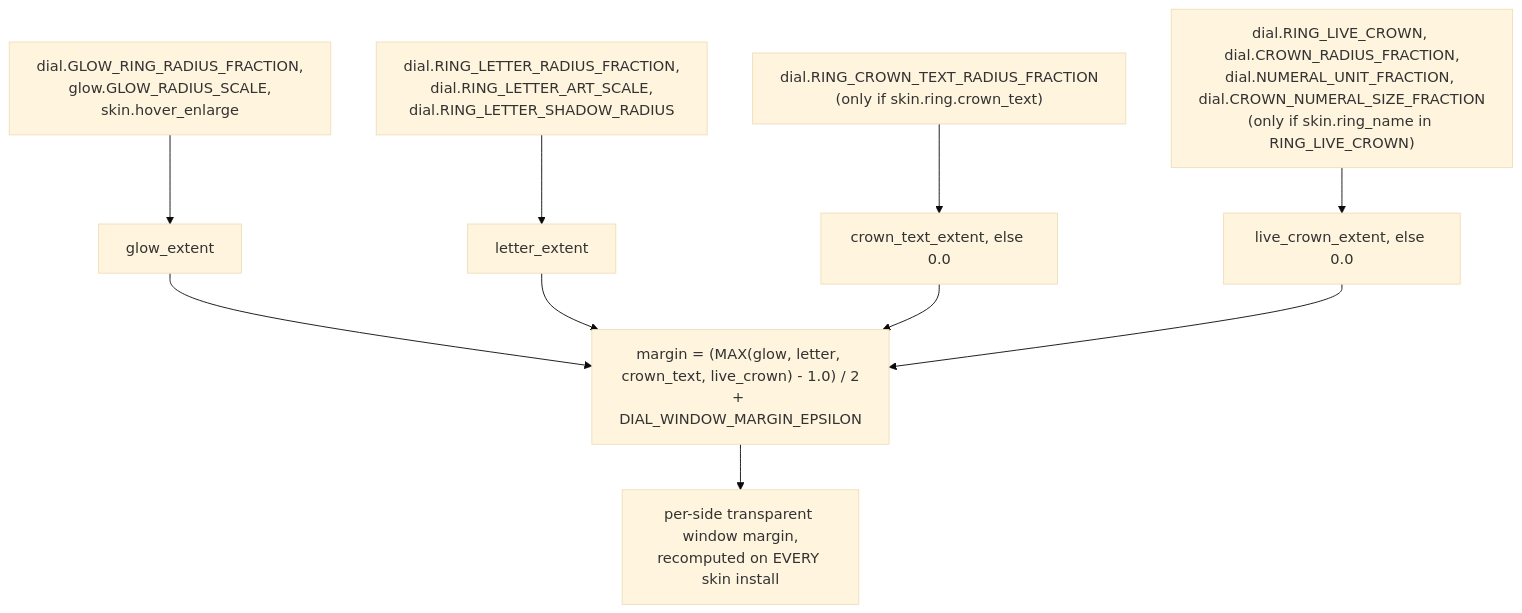
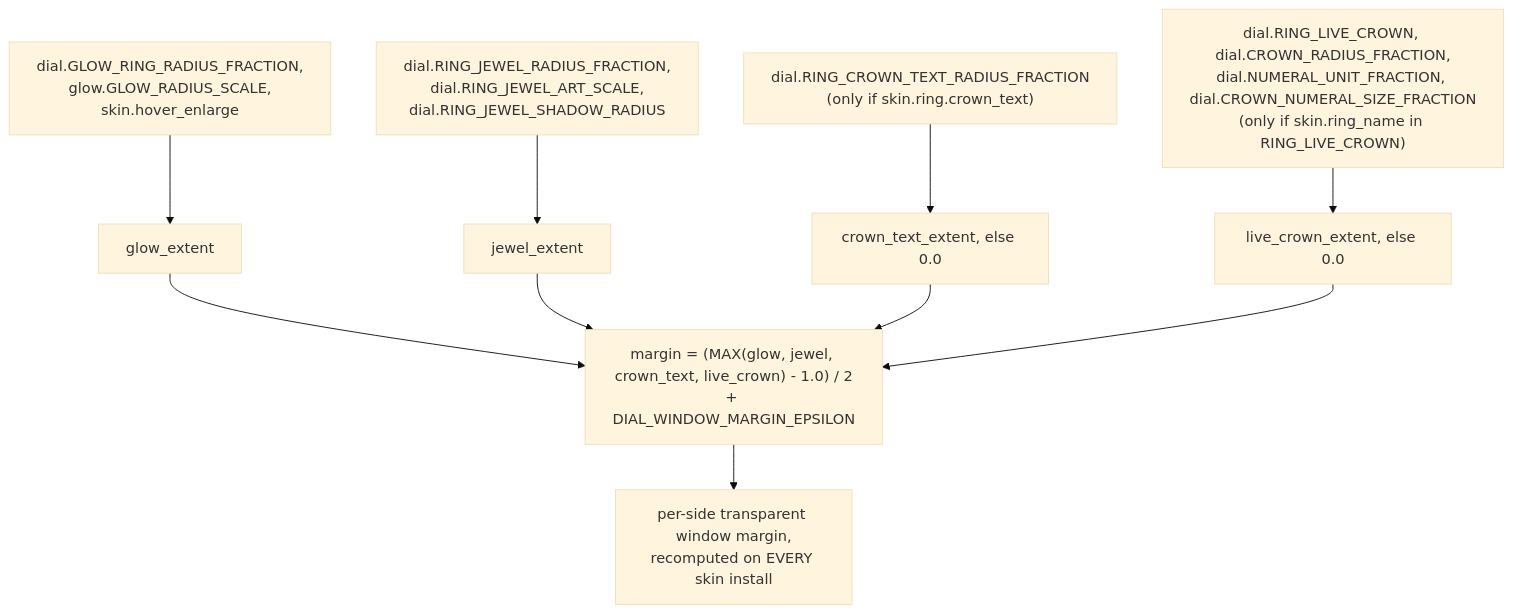
The second of 2 diagrams in config/__flow/defaults.md (UVuruna/Watch-Academy), drawn with Mermaid (base theme) before and after one commit. The commit also changed other lines of this file and 26 other files, not shown here.

````diff
--- a/config/__flow/defaults.md
+++ b/config/__flow/defaults.md
@@ -65,12 +65,12 @@
 ```mermaid
 flowchart TB
-    A["dial.RING_LETTER_RADIUS_FRACTION,\ndial.RING_LETTER_ART_SCALE,\ndial.RING_LETTER_SHADOW_RADIUS"] --> D[letter_extent]
+    A["dial.RING_JEWEL_RADIUS_FRACTION,\ndial.RING_JEWEL_ART_SCALE,\ndial.RING_JEWEL_SHADOW_RADIUS"] --> D[jewel_extent]
     B["dial.GLOW_RING_RADIUS_FRACTION,\nglow.GLOW_RADIUS_SCALE,\nskin.hover_enlarge"] --> C[glow_extent]
     E["dial.RING_CROWN_TEXT_RADIUS_FRACTION\n(only if skin.ring.crown_text)"] --> F[crown_text_extent, else 0.0]
     I["dial.RING_LIVE_CROWN, dial.CROWN_RADIUS_FRACTION,\ndial.NUMERAL_UNIT_FRACTION, dial.CROWN_NUMERAL_SIZE_FRACTION\n(only if skin.ring_name in RING_LIVE_CROWN)"] --> J[live_crown_extent, else 0.0]
-    C --> G["margin = (MAX(glow, letter, crown_text, live_crown) - 1.0) / 2\n+ DIAL_WINDOW_MARGIN_EPSILON"]
+    C --> G["margin = (MAX(glow, jewel, crown_text, live_crown) - 1.0) / 2\n+ DIAL_WINDOW_MARGIN_EPSILON"]
     D --> G
     F --> G
     J --> G
     G --> H[per-side transparent window margin,\nrecomputed on EVERY skin install]
 ```
````
